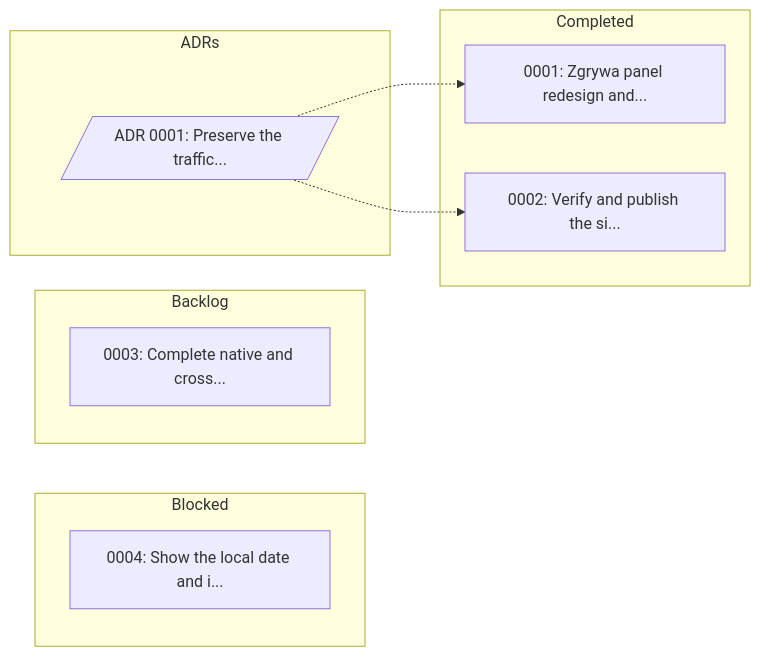
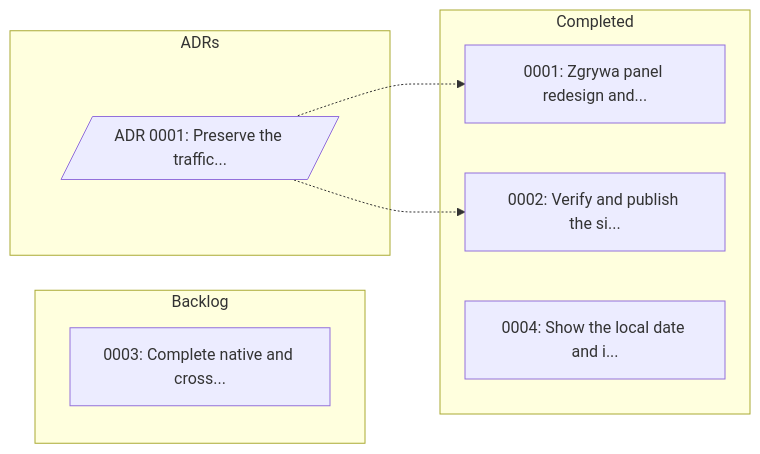
One commit to jakiesluchawki/SZLAUCH changed the diagram in lore/README.md. Above: the diagram before and after it, drawn with Mermaid. The commit also changed other lines of this file and 1 other file, not shown here.

````diff
--- a/lore/README.md
+++ b/lore/README.md
@@ -22,20 +16,18 @@
 ```mermaid
 flowchart LR
     subgraph Completed
         T0001["0001: Zgrywa panel redesign and..."]
         T0002["0002: Verify and publish the si..."]
-    end
-    subgraph Blocked
         T0004["0004: Show the local date and i..."]
     end
     subgraph Backlog
         T0003["0003: Complete native and cross..."]
     end
     subgraph ADRs
         ADR0001[/"ADR 0001: Preserve the traffic..."/]
     end
 
 
     ADR0001 -.-> T0001
     ADR0001 -.-> T0002
 ```
````
